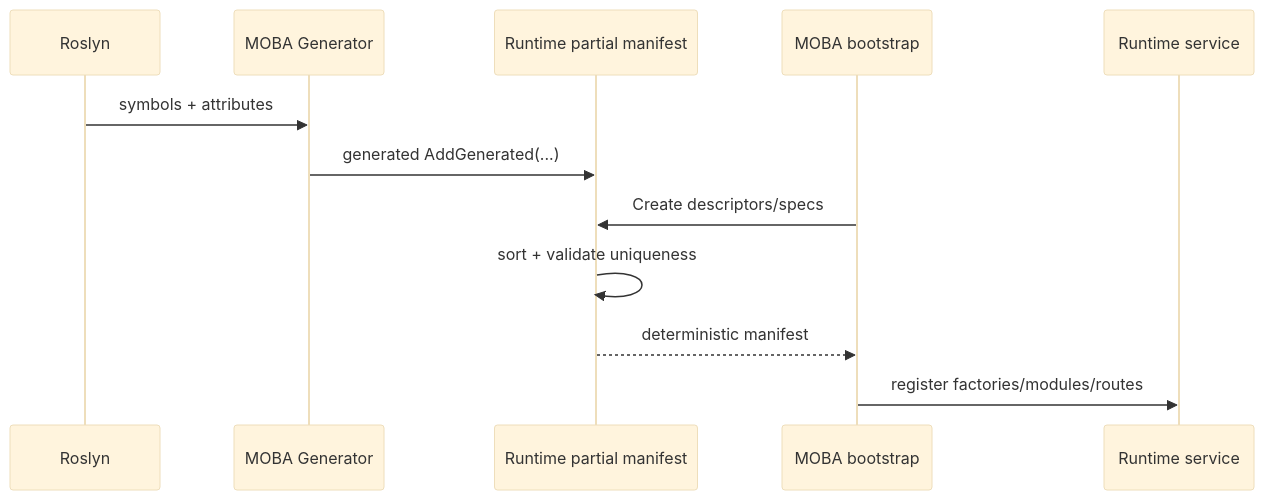
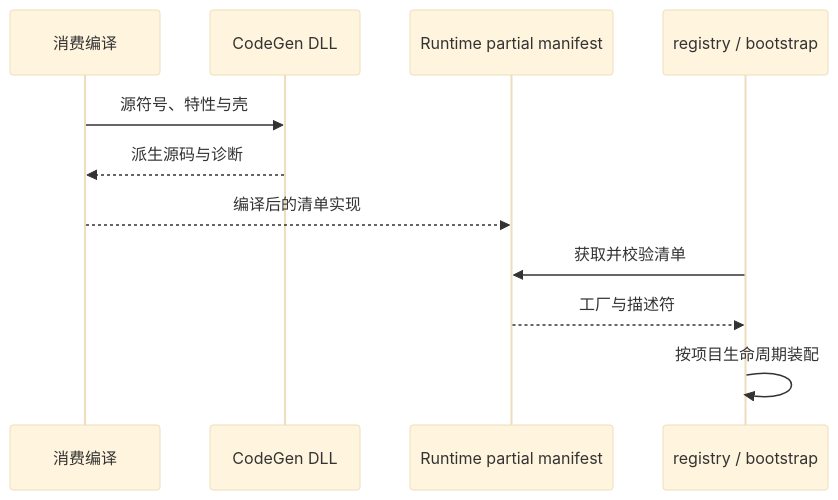
The second of 3 diagrams in Docs/design/05-CommonModules/07-CodeGenAndLubanProductionPipeline.md (HOBOBO/AbilityKit), drawn with Mermaid (base theme) before and after one commit. The commit also changed other lines of this file and 1327 other files, not shown here.

````diff
--- a/Docs/design/05-CommonModules/07-CodeGenAndLubanProductionPipeline.md
+++ b/Docs/design/05-CommonModules/07-CodeGenAndLubanProductionPipeline.md
@@ -99,15 +68,13 @@
 ```mermaid
 sequenceDiagram
-    participant Compiler as Roslyn
-    participant Gen as MOBA Generator
-    participant Manifest as Runtime partial manifest
-    participant Bootstrap as MOBA bootstrap
-    participant Service as Runtime service
-
-    Compiler->>Gen: symbols + attributes
-    Gen->>Manifest: generated AddGenerated(...)
-    Bootstrap->>Manifest: Create descriptors/specs
-    Manifest->>Manifest: sort + validate uniqueness
-    Manifest-->>Bootstrap: deterministic manifest
-    Bootstrap->>Service: register factories/modules/routes
+    participant C as 消费编译
+    participant G as CodeGen DLL
+    participant M as Runtime partial manifest
+    participant R as registry / bootstrap
+    C->>G: 源符号、特性与壳
+    G-->>C: 派生源码与诊断
+    C-->>M: 编译后的清单实现
+    R->>M: 获取并校验清单
+    M-->>R: 工厂与描述符
+    R->>R: 按项目生命周期装配
 ```
````
